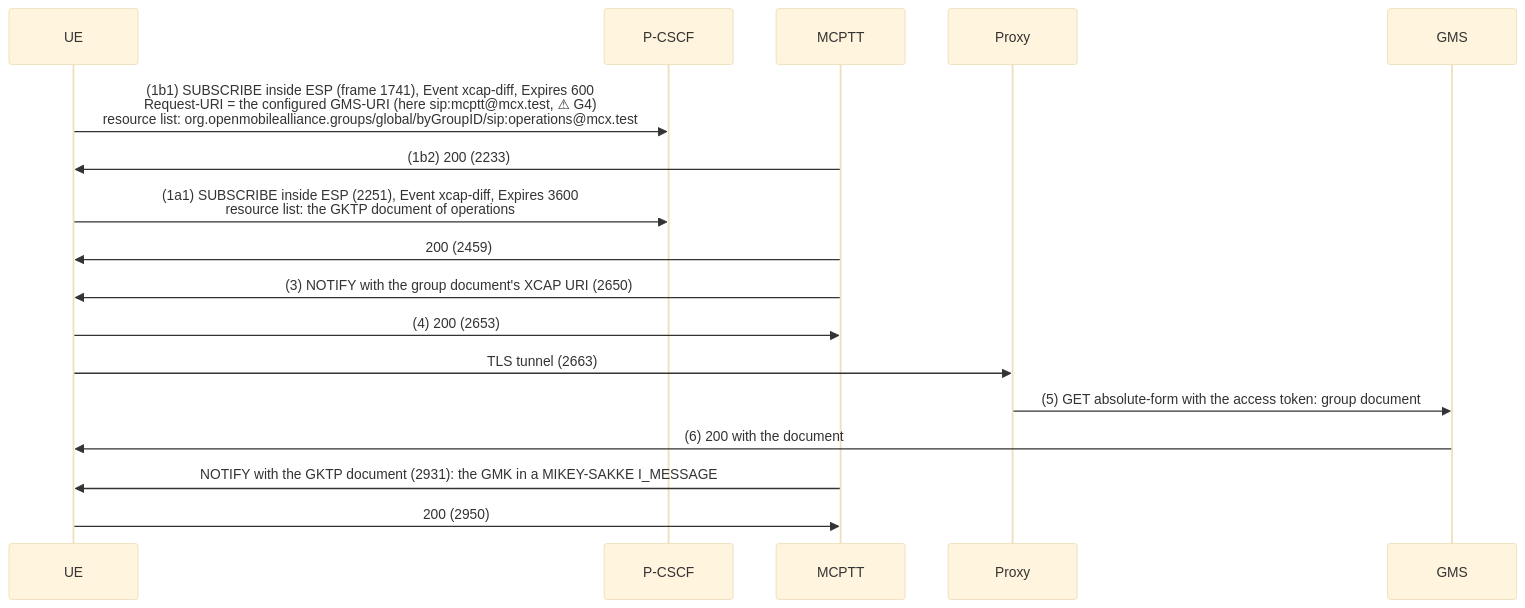
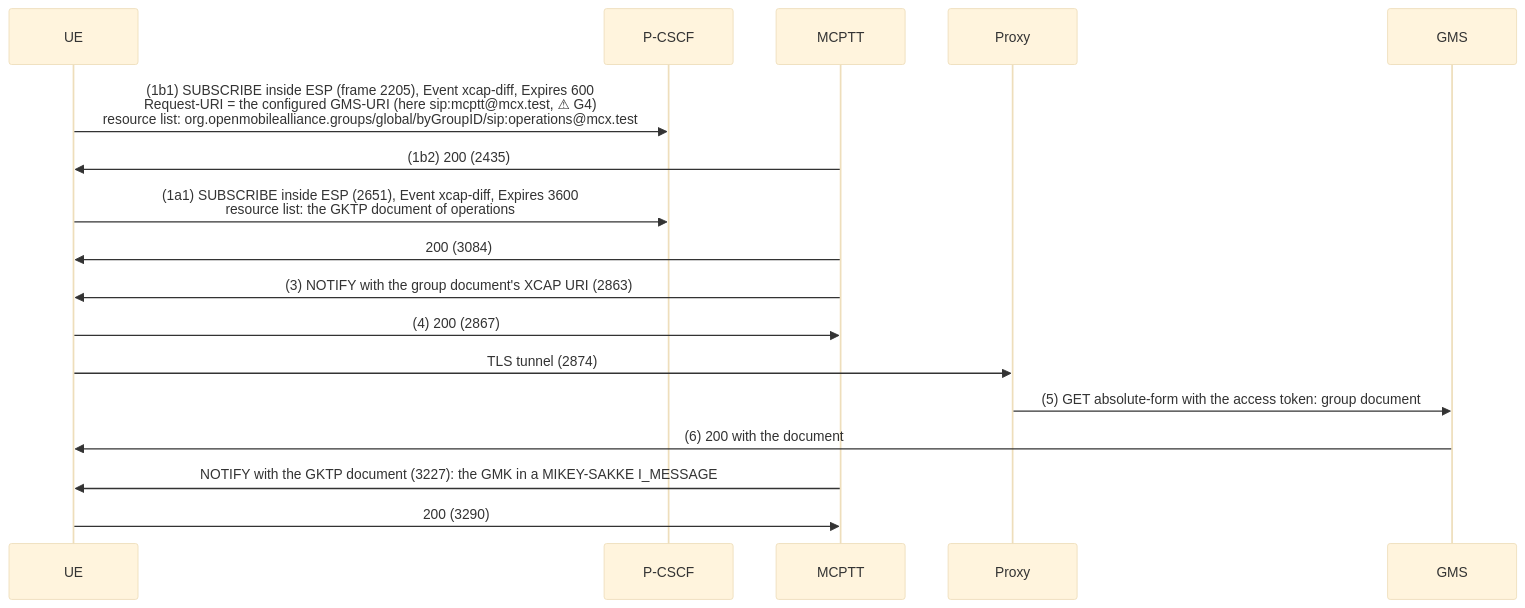
Before and after one commit to openMCX/openmcx-server: the seventh of 9 diagrams in tutorials/end-to-end/10-openmcx-ue-conformance-check/CALL_FLOW.md, drawn with Mermaid (base theme). The commit also changed other lines of this file and 6 other files, not shown here.

````diff
--- a/tutorials/end-to-end/10-openmcx-ue-conformance-check/CALL_FLOW.md
+++ b/tutorials/end-to-end/10-openmcx-ue-conformance-check/CALL_FLOW.md
@@ -219,19 +219,19 @@
 ```mermaid
 sequenceDiagram
     participant UE
     participant PC as P-CSCF
     participant AS as MCPTT
     participant PX as Proxy
     participant GMS
-    UE->>PC: (1b1) SUBSCRIBE inside ESP (frame 1741), Event xcap-diff, Expires 600<br/>Request-URI = the configured GMS-URI (here sip:mcptt@mcx.test, ⚠ G4)<br/>resource list: org.openmobilealliance.groups/global/byGroupID/sip:operations@mcx.test
-    AS->>UE: (1b2) 200 (2233)
-    UE->>PC: (1a1) SUBSCRIBE inside ESP (2251), Event xcap-diff, Expires 3600<br/>resource list: the GKTP document of operations
-    AS->>UE: 200 (2459)
-    AS->>UE: (3) NOTIFY with the group document's XCAP URI (2650)
-    UE->>AS: (4) 200 (2653)
-    UE->>PX: TLS tunnel (2663)
+    UE->>PC: (1b1) SUBSCRIBE inside ESP (frame 2205), Event xcap-diff, Expires 600<br/>Request-URI = the configured GMS-URI (here sip:mcptt@mcx.test, ⚠ G4)<br/>resource list: org.openmobilealliance.groups/global/byGroupID/sip:operations@mcx.test
+    AS->>UE: (1b2) 200 (2435)
+    UE->>PC: (1a1) SUBSCRIBE inside ESP (2651), Event xcap-diff, Expires 3600<br/>resource list: the GKTP document of operations
+    AS->>UE: 200 (3084)
+    AS->>UE: (3) NOTIFY with the group document's XCAP URI (2863)
+    UE->>AS: (4) 200 (2867)
+    UE->>PX: TLS tunnel (2874)
     PX->>GMS: (5) GET absolute-form with the access token: group document
     GMS->>UE: (6) 200 with the document
-    AS->>UE: NOTIFY with the GKTP document (2931): the GMK in a MIKEY-SAKKE I_MESSAGE
-    UE->>AS: 200 (2950)
+    AS->>UE: NOTIFY with the GKTP document (3227): the GMK in a MIKEY-SAKKE I_MESSAGE
+    UE->>AS: 200 (3290)
 ```
````
